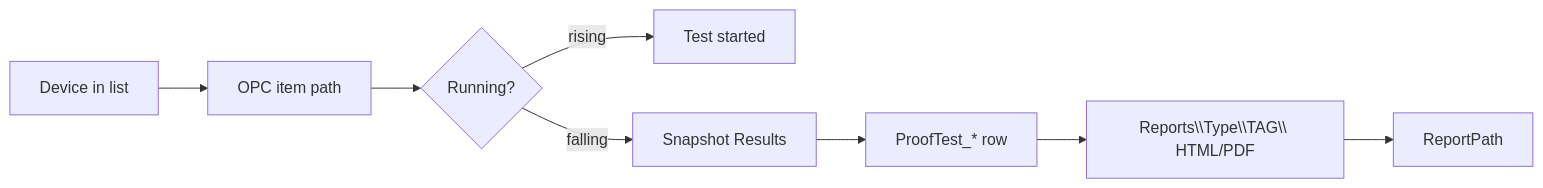
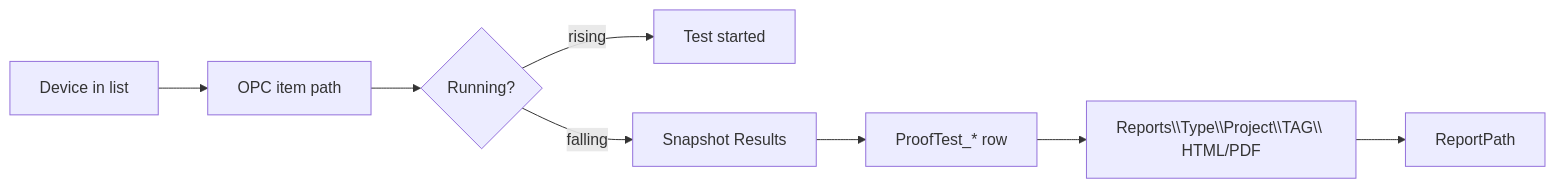
The seventh of 12 diagrams in Specifications/HIMA-Prooftest-Architecture-Mermaid.md (D-Mouna/Prooftest-Reporting-solution), drawn with Mermaid before and after one commit. The commit also changed other lines of this file and 61 other files, not shown here.

First line of the commit message:
Finalize v1.65 architecture batch with LiveTestService production flow and DeviceId-scoped reporting.

````diff
--- a/Specifications/HIMA-Prooftest-Architecture-Mermaid.md
+++ b/Specifications/HIMA-Prooftest-Architecture-Mermaid.md
@@ -180,10 +180,10 @@
 ```mermaid
 flowchart LR
   DEV[Device in list] --> OPC[OPC item path]
   OPC --> RUN{Running?}
   RUN -->|rising| START[Test started]
   RUN -->|falling| SNAP[Snapshot Results]
   SNAP --> TBL[ProofTest_* row]
-  TBL --> RPT["Reports\\Type\\TAG\\ HTML/PDF"]
+  TBL --> RPT["Reports\\Type\\Project\\TAG\\ HTML/PDF"]
   RPT --> PATH[ReportPath]
 ```
````
